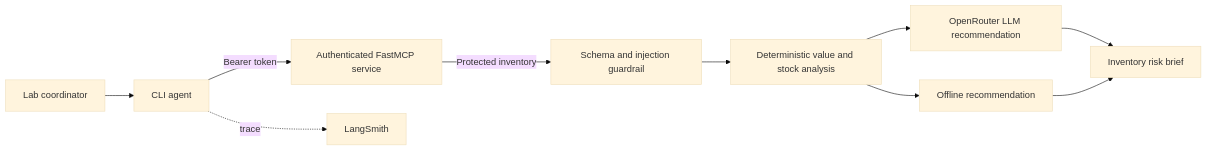
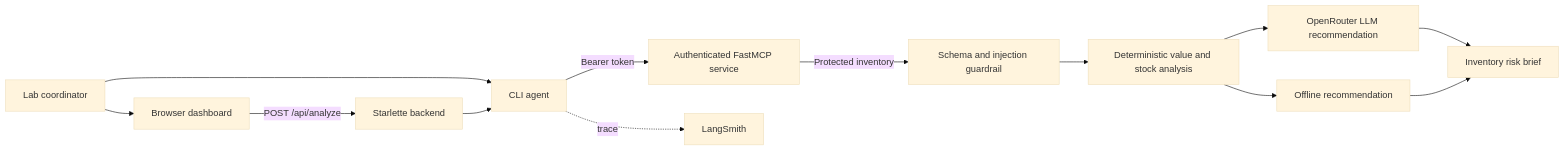
Before and after one commit to HIH2027/AAASEC2: the diagram in day5/README.md, drawn with Mermaid (base theme). The commit also changed other lines of this file and 8 other files, not shown here.

First line of the commit message:
feat: add localhost browser dashboard for the capstone agent

````diff
--- a/day5/README.md
+++ b/day5/README.md
@@ -63,12 +67,15 @@
 ```mermaid
 flowchart LR
     U[Lab coordinator] --> C[CLI agent]
+    U --> W[Browser dashboard]
+    W -->|POST /api/analyze| B[Starlette backend]
+    B --> C
     C -->|Bearer token| M[Authenticated FastMCP service]
     M -->|Protected inventory| V[Schema and injection guardrail]
     V --> A[Deterministic value and stock analysis]
     A --> L[OpenRouter LLM recommendation]
     A --> O[Offline recommendation]
     L --> R[Inventory risk brief]
     O --> R
     C -. trace .-> S[LangSmith]
 ```
````
